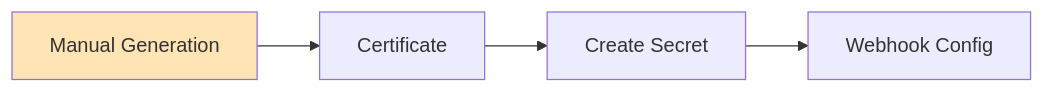
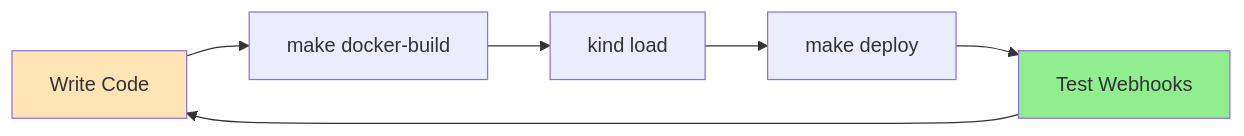
Before and after one commit to piyushjajoo/k8s-operators-course: the fifth of 6 diagrams in module-05/lessons/04-webhook-deployment.md, drawn with Mermaid. The commit also changed other lines of this file and 4 other files, not shown here.

````diff
--- a/module-05/lessons/04-webhook-deployment.md
+++ b/module-05/lessons/04-webhook-deployment.md
@@ -79,8 +187,11 @@
 ```mermaid
 graph LR
-    MANUAL[Manual Generation] --> CERT[Certificate]
-    CERT --> SECRET[Create Secret]
-    SECRET --> WEBHOOK[Webhook Config]
+    CODE[Write Code] --> BUILD[make docker-build]
+    BUILD --> LOAD[kind load]
+    LOAD --> DEPLOY[make deploy]
+    DEPLOY --> TEST[Test Webhooks]
+    TEST --> CODE
     
-    style MANUAL fill:#FFE4B5
+    style CODE fill:#FFE4B5
+    style TEST fill:#90EE90
 ```
````
